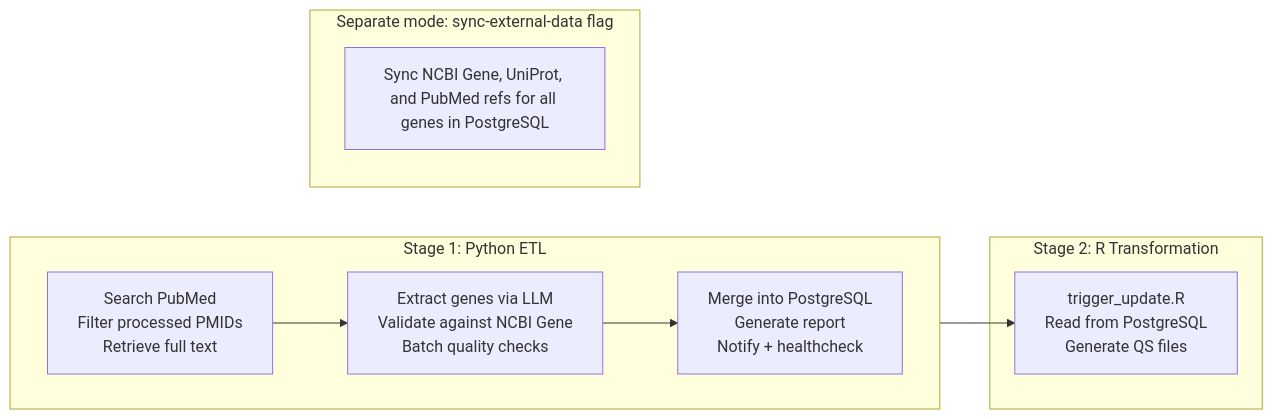
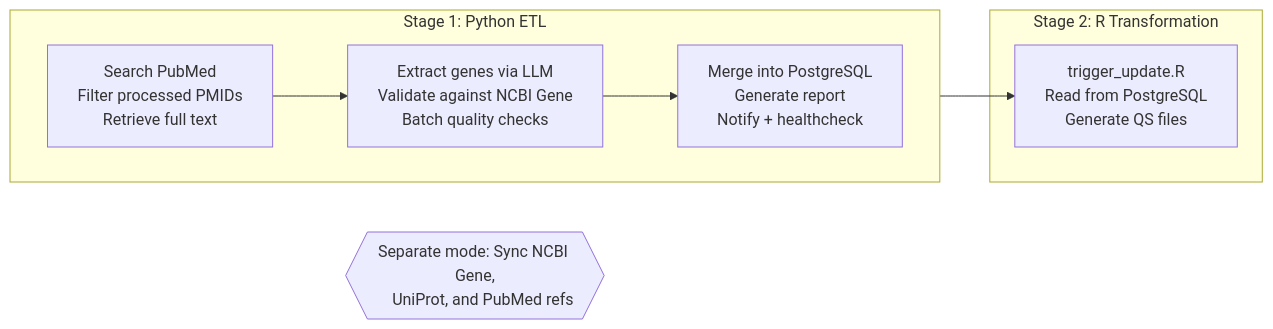
Before and after one commit to mathieubpoiriericm/icm-dashboard: the diagram in README.md, drawn with Mermaid.

Commit message:
Minor fix

````diff
--- a/README.md
+++ b/README.md
@@ -602,25 +602,24 @@
 ```mermaid
 flowchart LR
     subgraph stage1["Stage 1: Python ETL"]
         direction LR
         A["Search PubMed
         Filter processed PMIDs
         Retrieve full text"] --> B["Extract genes via LLM
         Validate against NCBI Gene
         Batch quality checks"] --> C["Merge into PostgreSQL
         Generate report
         Notify + healthcheck"]
     end
 
     subgraph stage2["Stage 2: R Transformation"]
         D["trigger_update.R
         Read from PostgreSQL
         Generate QS files"]
     end
 
     C --> D
 
-    subgraph sync["Separate mode: sync-external-data flag"]
-        E["Sync NCBI Gene, UniProt, and PubMed refs for all genes in PostgreSQL"]
-    end
+    E{{"Separate mode: Sync NCBI Gene,
+    UniProt, and PubMed refs"}}
 ```
````
